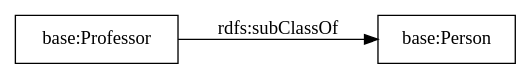
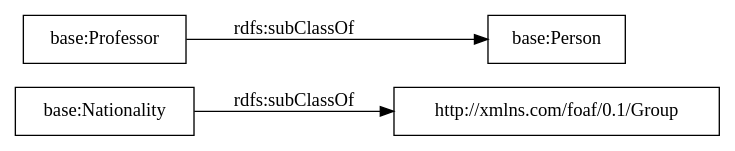
The diagram in OnToology/professors.owl/diagrams/ar2dtool-taxonomy/professors.owl.png.dot (OnToologyUser/OntoCIS1), drawn with Graphviz before and after one commit. The commit also changed 122 other files, not shown here.

```diff
--- a/OnToology/professors.owl/diagrams/ar2dtool-taxonomy/professors.owl.png.dot
+++ b/OnToology/professors.owl/diagrams/ar2dtool-taxonomy/professors.owl.png.dot
@@ -1,7 +1,8 @@
 digraph ar2dtool_diagram { 
 rankdir=LR;
 size="1000"
-node [shape = rectangle, color="black"]; "base:Professor" "base:Person" ; /*classes style*/
+node [shape = rectangle, color="black"]; "http://xmlns.com/foaf/0.1/Group" "base:Professor" "base:Person" "base:Nationality" ; /*classes style*/
 	"base:Professor" -> "base:Person" [ label = "rdfs:subClassOf" ];
+	"base:Nationality" -> "http://xmlns.com/foaf/0.1/Group" [ label = "rdfs:subClassOf" ];
 
 }
```
